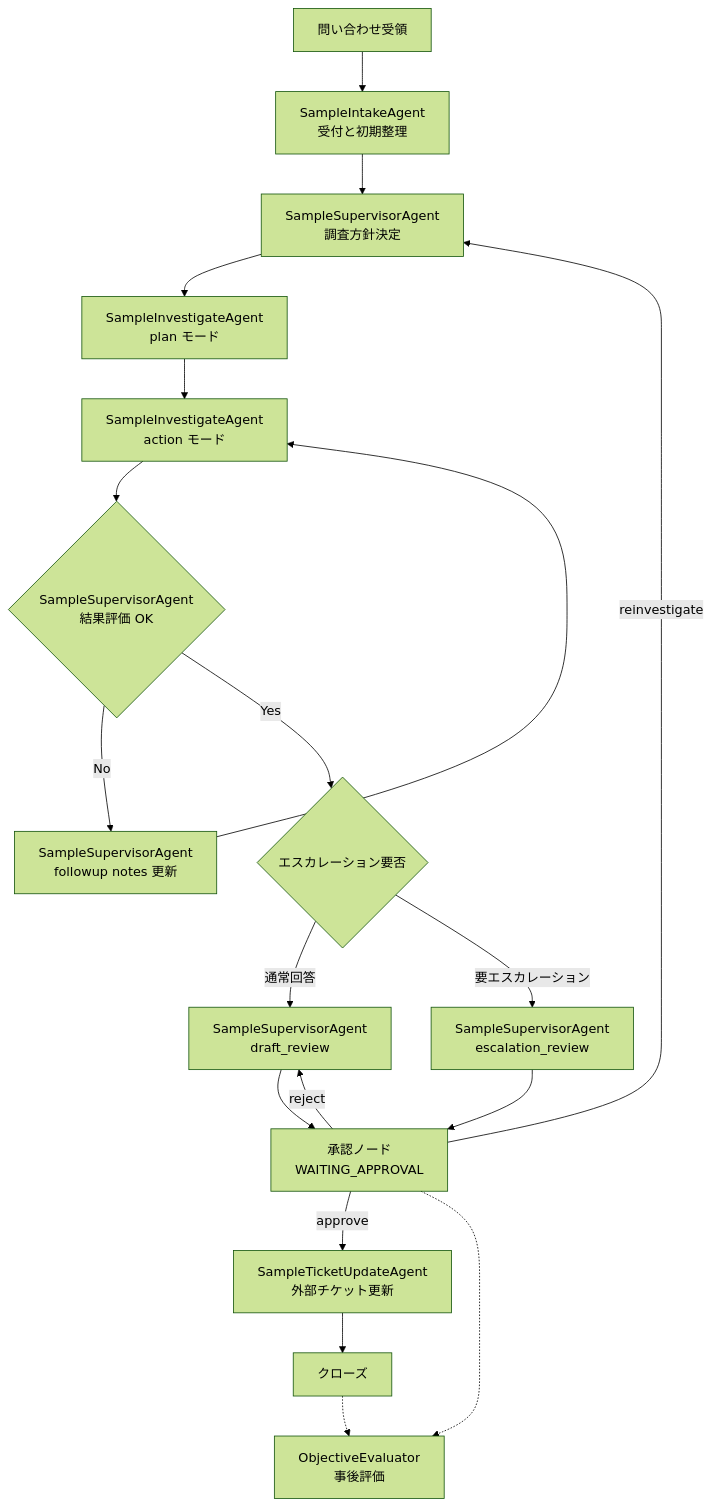
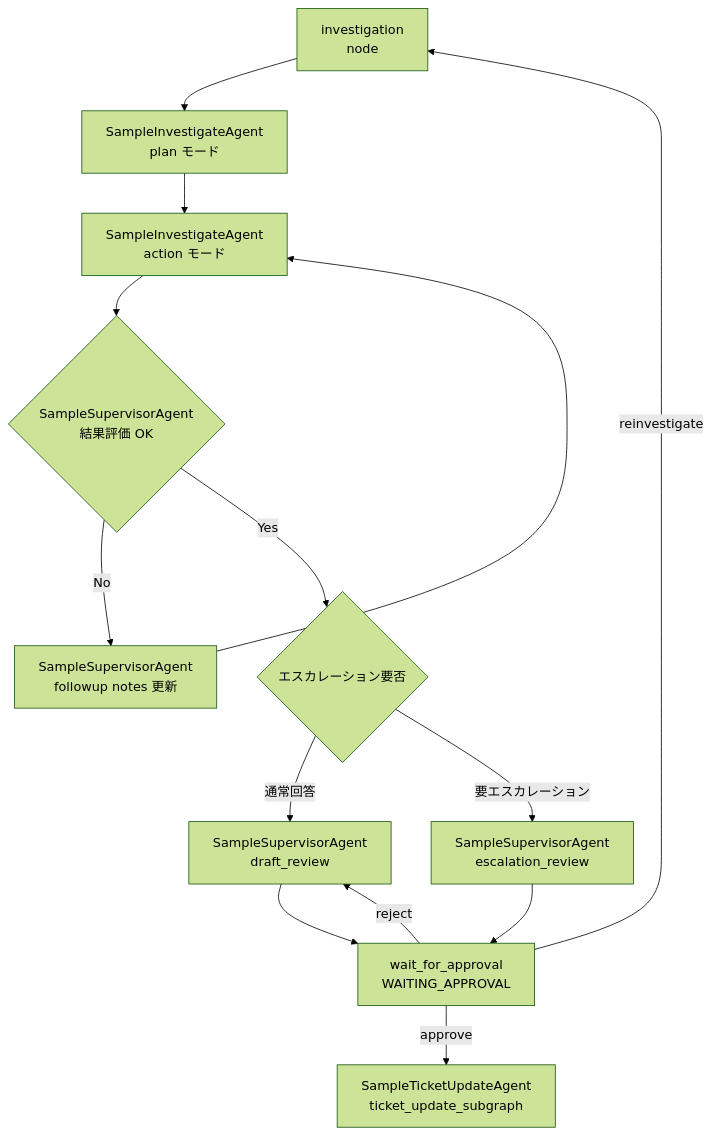
Before and after one commit to knd3dayo/support-desk-agent: the second of 2 diagrams in README.md, drawn with Mermaid (forest theme). The commit also changed other lines of this file and 1 other file, not shown here.

Commit message:
docs(readme): reorganize sample workflow diagrams and text
Move AGENTS.md to repository root and add CLI execution note.
Revise README to explicitly document the sample runtime main workflow (receive_case -> intake_subgraph -> supervisor_subgraph),
replace and expand Mermaid diagrams for the main workflow and SampleSupervisorAgent internal flow,
and clarify node names and transitions (intake_subgraph, supervisor_subgraph, ticket_update_subgraph, WAITING_APPROVAL).
Clarify agent responsibilities: SampleSupervisorAgent now orchestrates investigation node and calls SampleInvestigateAgent in plan/action modes;
update SampleTicketUpdateAgent and ObjectiveEvaluator roles and their placement.
These changes improve clarity of the sample workflow, agent roles, and approval/HITL behavior for contributors and users.

````diff
--- a/README.md
+++ b/README.md
@@ -63,32 +82,25 @@
 ```mermaid
 flowchart TD
-  Start["問い合わせ受領"] --> Intake["SampleIntakeAgent
-受付と初期整理"]
-  Intake --> SupervisorEntry["SampleSupervisorAgent
-調査方針決定"]
-  SupervisorEntry --> PlanMode["SampleInvestigateAgent
+    SupervisorEntry["investigation
+node"] --> PlanMode["SampleInvestigateAgent
 plan モード"]
-  PlanMode --> ActionMode["SampleInvestigateAgent
+    PlanMode --> ActionMode["SampleInvestigateAgent
 action モード"]
-  ActionMode --> ResultReview{"SampleSupervisorAgent
+    ActionMode --> ResultReview{"SampleSupervisorAgent
 結果評価 OK"}
-  ResultReview -->|No| Followup["SampleSupervisorAgent
+    ResultReview -->|No| Followup["SampleSupervisorAgent
 followup notes 更新"]
-  Followup --> ActionMode
-  ResultReview -->|Yes| EscalationCheck{"エスカレーション要否"}
-  EscalationCheck -->|通常回答| DraftReview["SampleSupervisorAgent
+    Followup --> ActionMode
+    ResultReview -->|Yes| EscalationCheck{"エスカレーション要否"}
+    EscalationCheck -->|通常回答| DraftReview["SampleSupervisorAgent
 draft_review"]
-  EscalationCheck -->|要エスカレーション| Escalation["SampleSupervisorAgent
+    EscalationCheck -->|要エスカレーション| Escalation["SampleSupervisorAgent
 escalation_review"]
-  DraftReview --> Approval["承認ノード
+    DraftReview --> Approval["wait_for_approval
 WAITING_APPROVAL"]
-  Escalation --> Approval
-  Approval -->|approve| TicketUpdate["SampleTicketUpdateAgent
-外部チケット更新"]
-  Approval -->|reject| DraftReview
-  Approval -->|reinvestigate| SupervisorEntry
-  TicketUpdate --> Closed["クローズ"]
-  Approval -.-> Evaluator["ObjectiveEvaluator
-事後評価"]
-  Closed -.-> Evaluator
+    Escalation --> Approval
+    Approval -->|approve| TicketUpdate["SampleTicketUpdateAgent
+ticket_update_subgraph"]
+    Approval -->|reject| DraftReview
+    Approval -->|reinvestigate| SupervisorEntry
 ```
````
